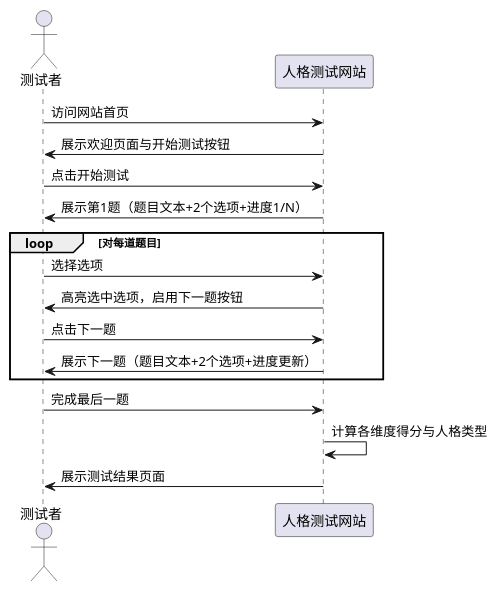
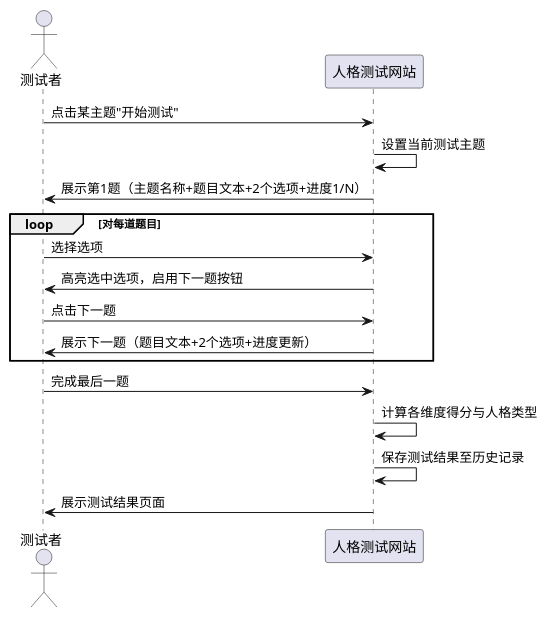
Before and after one commit to winter-cr/xxti: the third of 10 diagrams in .codeartsdoer/specs/personality-test/spec.md, drawn with PlantUML. The commit also changed other lines of this file and 44 other files, not shown here.

````diff
--- a/.codeartsdoer/specs/personality-test/spec.md
+++ b/.codeartsdoer/specs/personality-test/spec.md
@@ -134,23 +279,22 @@
 ```plantuml
 @startuml
 actor "测试者" as user
 participant "人格测试网站" as system
 
-user -> system : 访问网站首页
-system -> user : 展示欢迎页面与开始测试按钮
-
-user -> system : 点击开始测试
-system -> user : 展示第1题（题目文本+2个选项+进度1/N）
+user -> system : 点击某主题"开始测试"
+system -> system : 设置当前测试主题
+system -> user : 展示第1题（主题名称+题目文本+2个选项+进度1/N）
 
 loop 对每道题目
     user -> system : 选择选项
     system -> user : 高亮选中选项，启用下一题按钮
     user -> system : 点击下一题
     system -> user : 展示下一题（题目文本+2个选项+进度更新）
 end
 
 user -> system : 完成最后一题
 system -> system : 计算各维度得分与人格类型
+system -> system : 保存测试结果至历史记录
 system -> user : 展示测试结果页面
 @enduml
 ```
````
